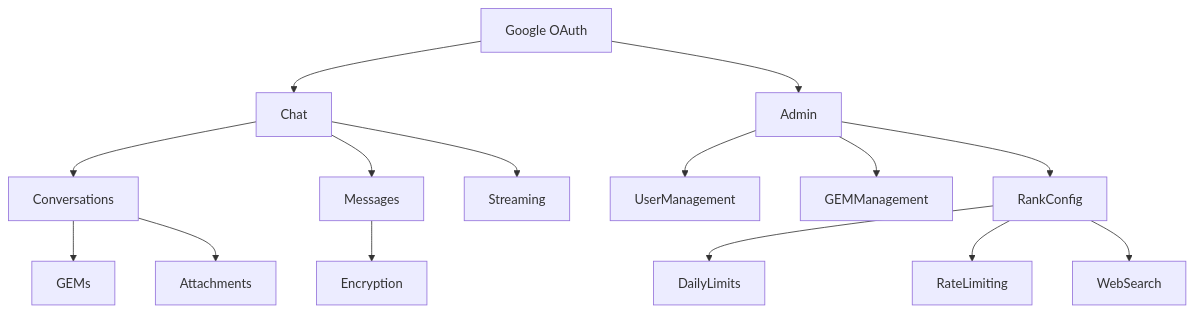
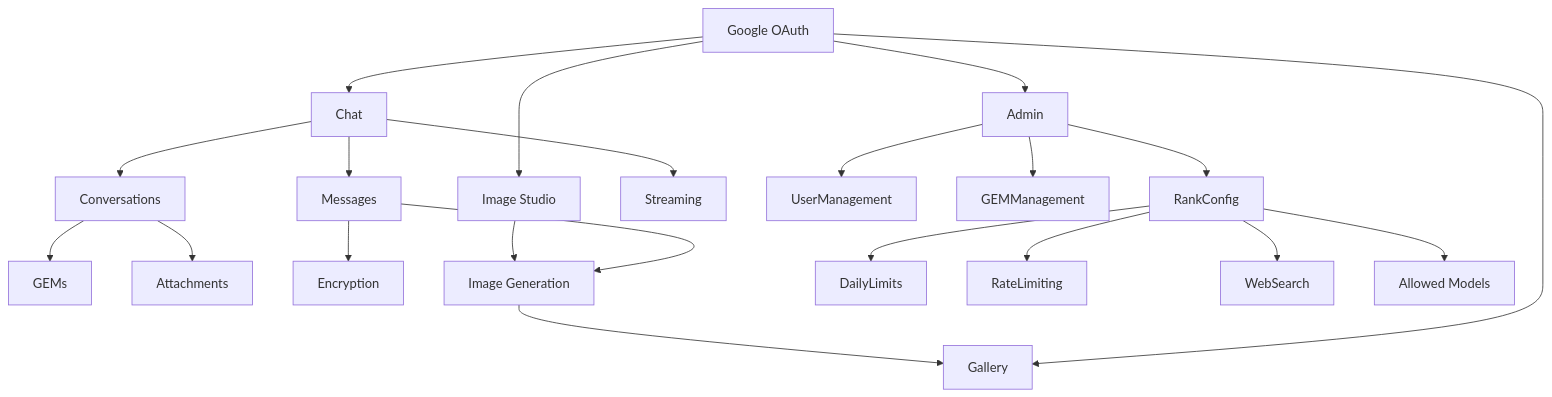
The diagram in docs/features.md (wyemhu12/vikini), drawn with Mermaid before and after one commit. The commit also changed other lines of this file and 14 other files, not shown here.

Commit message:
feat: Introduce image generation preview, XSS protection utility, admin API routes for gems and users, and new documentation.

````diff
--- a/docs/features.md
+++ b/docs/features.md
@@ -156,22 +156,30 @@
 ```mermaid
 graph TD
     Auth[Google OAuth] --> Chat
     Auth --> Admin
+    Auth --> ImageStudio
+    Auth --> Gallery
 
     Chat --> Conversations
     Chat --> Messages
     Chat --> Streaming
 
     Conversations --> GEMs
     Conversations --> Attachments
 
     Messages --> Encryption
+    Messages --> ImageGen[Image Generation]
+
+    ImageGen --> Gallery
+
+    ImageStudio[Image Studio] --> ImageGen
 
     Admin --> UserManagement
     Admin --> GEMManagement
     Admin --> RankConfig
 
     RankConfig --> DailyLimits
     RankConfig --> RateLimiting
     RankConfig --> WebSearch
+    RankConfig --> AllowedModels[Allowed Models]
 ```
````
